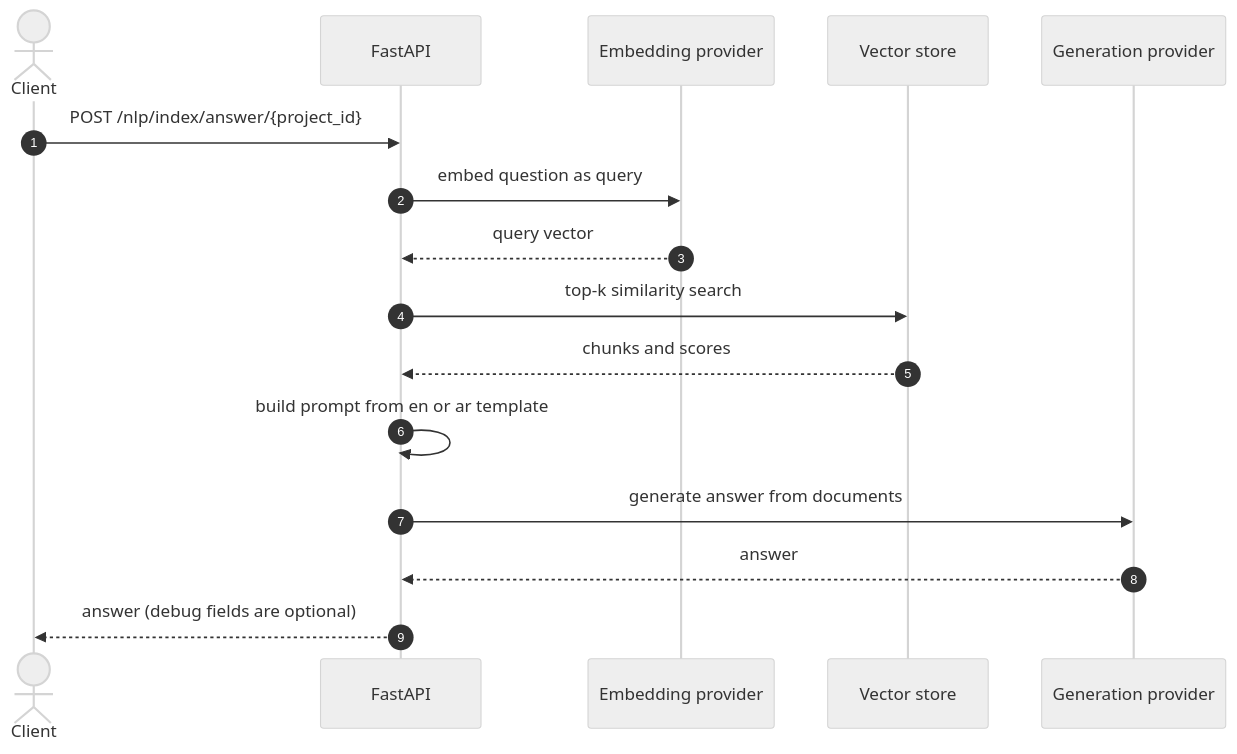
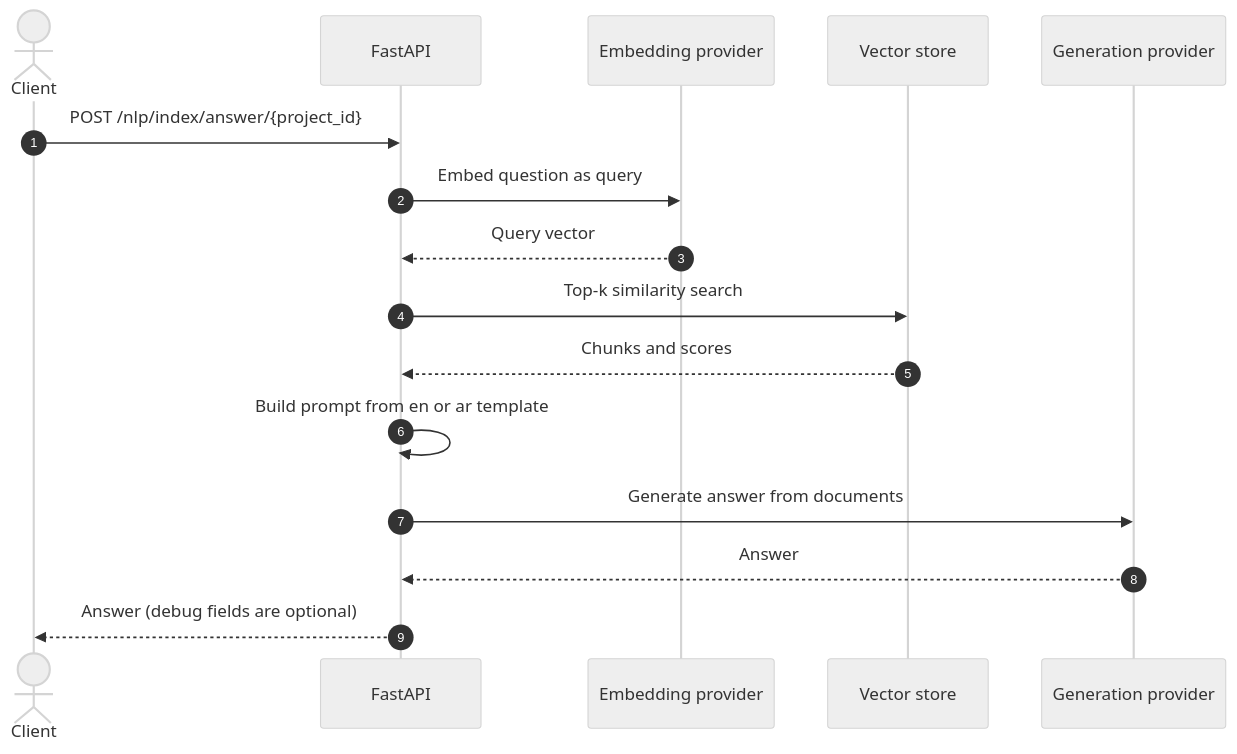
The fourth of 6 diagrams in README.md (ElsebaiyMohamed/MiniRag_26), drawn with Mermaid (neutral theme) before and after one commit. The commit also changed other lines of this file and 2 other files, not shown here.

````diff
--- a/README.md
+++ b/README.md
@@ -170,19 +198,19 @@
 ```mermaid
 sequenceDiagram
     autonumber
     actor C as Client
     participant API as FastAPI
     participant EMB as Embedding provider
     participant VDB as Vector store
     participant LLM as Generation provider
 
     C ->> API: POST /nlp/index/answer/{project_id}
-    API ->> EMB: embed question as query
-    EMB -->> API: query vector
-    API ->> VDB: top-k similarity search
-    VDB -->> API: chunks and scores
-    API ->> API: build prompt from en or ar template
-    API ->> LLM: generate answer from documents
-    LLM -->> API: answer
-    API -->> C: answer (debug fields are optional)
+    API ->> EMB: Embed question as query
+    EMB -->> API: Query vector
+    API ->> VDB: Top-k similarity search
+    VDB -->> API: Chunks and scores
+    API ->> API: Build prompt from en or ar template
+    API ->> LLM: Generate answer from documents
+    LLM -->> API: Answer
+    API -->> C: Answer (debug fields are optional)
 ```
````
